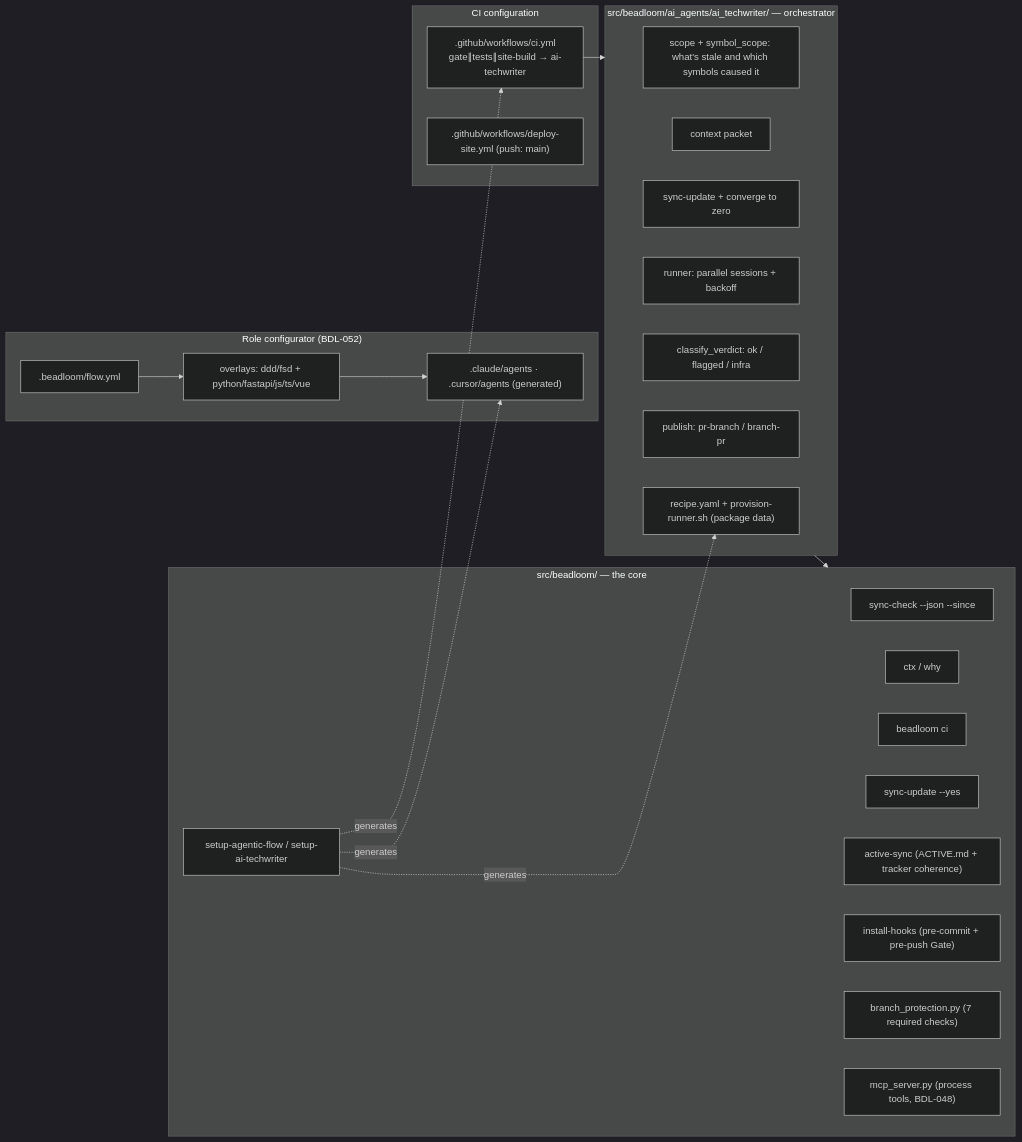
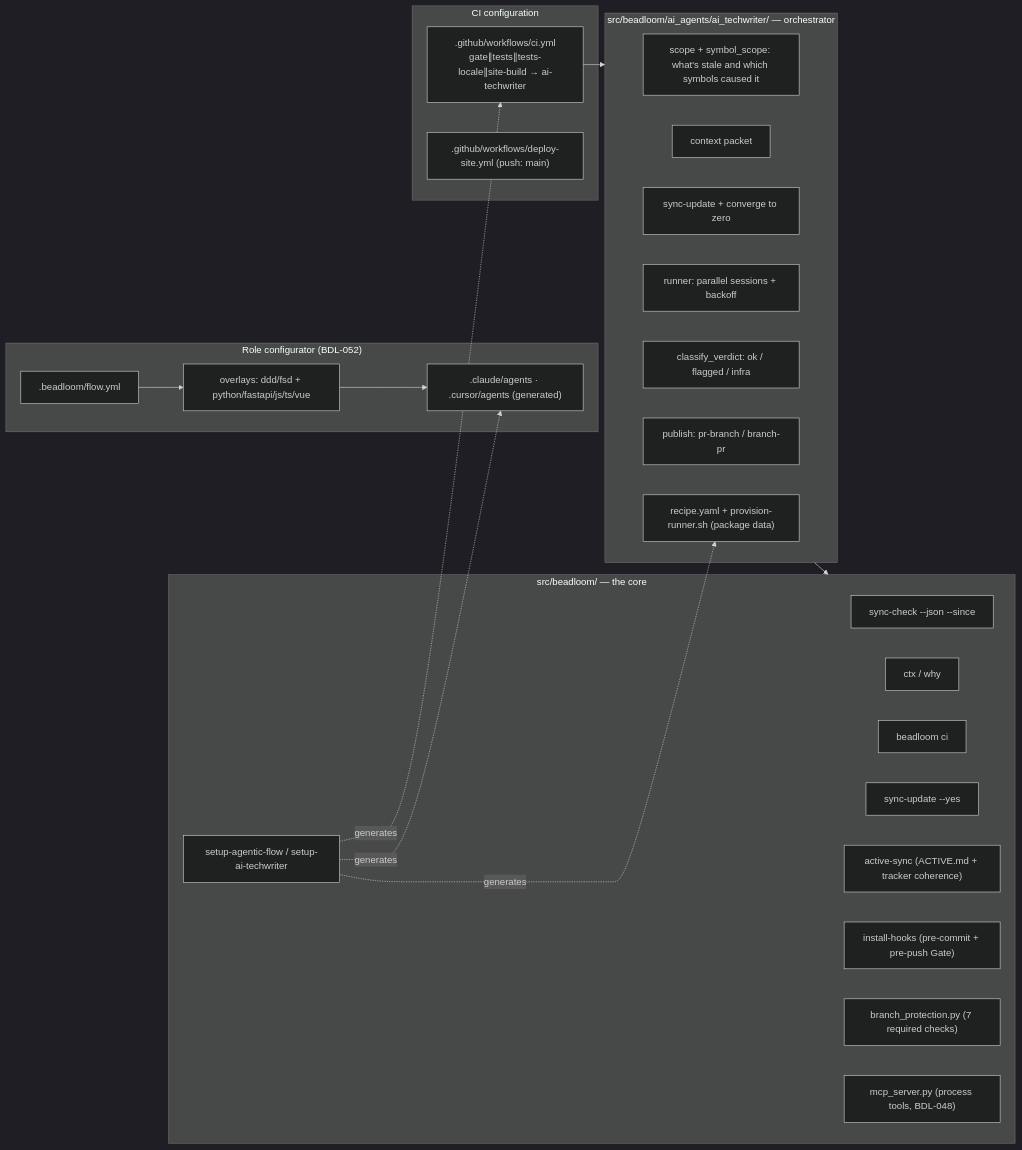
One commit to zoologov/beadloom changed the fourth of 10 diagrams in docs/guides/multi-agent-development.md. Above: the diagram before and after it, drawn with Mermaid (dark theme). The commit also changed other lines of this file and 95 other files, not shown here.

````diff
--- a/docs/guides/multi-agent-development.md
+++ b/docs/guides/multi-agent-development.md
@@ -235,42 +239,42 @@
 ```mermaid
 flowchart LR
   subgraph CORE["src/beadloom/ — the core"]
     SYNC["sync-check --json --since"]
     CTX["ctx / why"]
     CI_GATE["beadloom ci"]
     MARK["sync-update --yes"]
     ACTIVE["active-sync (ACTIVE.md + tracker coherence)"]
     SETUP["setup-agentic-flow / setup-ai-techwriter"]
     HOOKS["install-hooks (pre-commit + pre-push Gate)"]
     BP["branch_protection.py (7 required checks)"]
     MCP["mcp_server.py (process tools, BDL-048)"]
   end
 
   subgraph AIAGENTS["src/beadloom/ai_agents/ai_techwriter/ — orchestrator"]
     H_SCOPE["scope + symbol_scope: what's stale and which symbols caused it"]
     H_PKT["context packet"]
     H_LOOP["sync-update + converge to zero"]
     H_RUN["runner: parallel sessions + backoff"]
     H_VERDICT["classify_verdict: ok / flagged / infra"]
     H_PUB["publish: pr-branch / branch-pr"]
     H_RECIPE["recipe.yaml + provision-runner.sh (package data)"]
   end
 
   subgraph FLOWCFG["Role configurator (BDL-052)"]
     FLOW[".beadloom/flow.yml"]
     OVERLAYS["overlays: ddd/fsd + python/fastapi/js/ts/vue"]
     ADAPT[".claude/agents · .cursor/agents (generated)"]
   end
 
   subgraph CI["CI configuration"]
-    GH_YML[".github/workflows/ci.yml<br/>gate∥tests∥site-build → ai-techwriter"]
+    GH_YML[".github/workflows/ci.yml<br/>gate∥tests∥tests-locale∥site-build → ai-techwriter"]
     GH_DEPLOY[".github/workflows/deploy-site.yml (push: main)"]
   end
 
   GH_YML --> AIAGENTS
   AIAGENTS --> CORE
   FLOW --> OVERLAYS --> ADAPT
   SETUP -.->|generates| GH_YML
   SETUP -.->|generates| ADAPT
   SETUP -.->|generates| H_RECIPE
 ```
````
